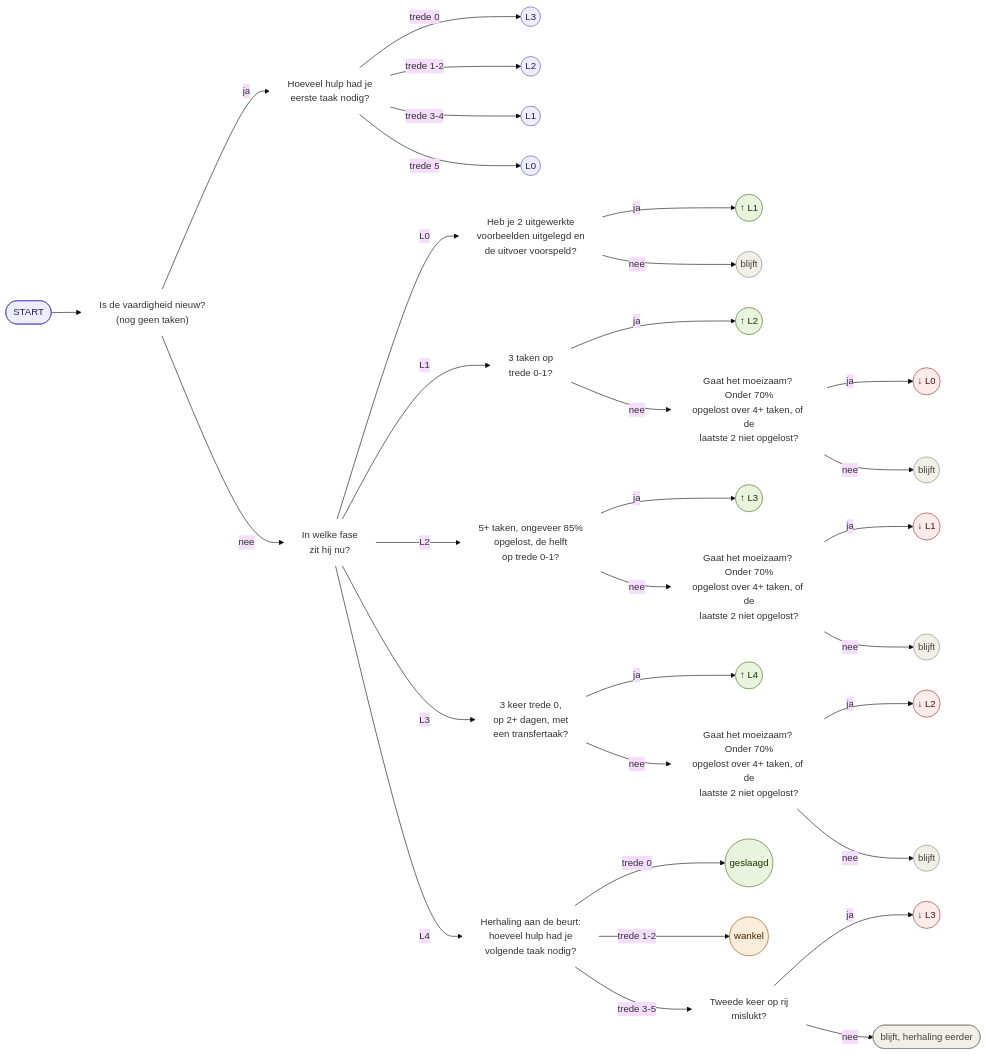
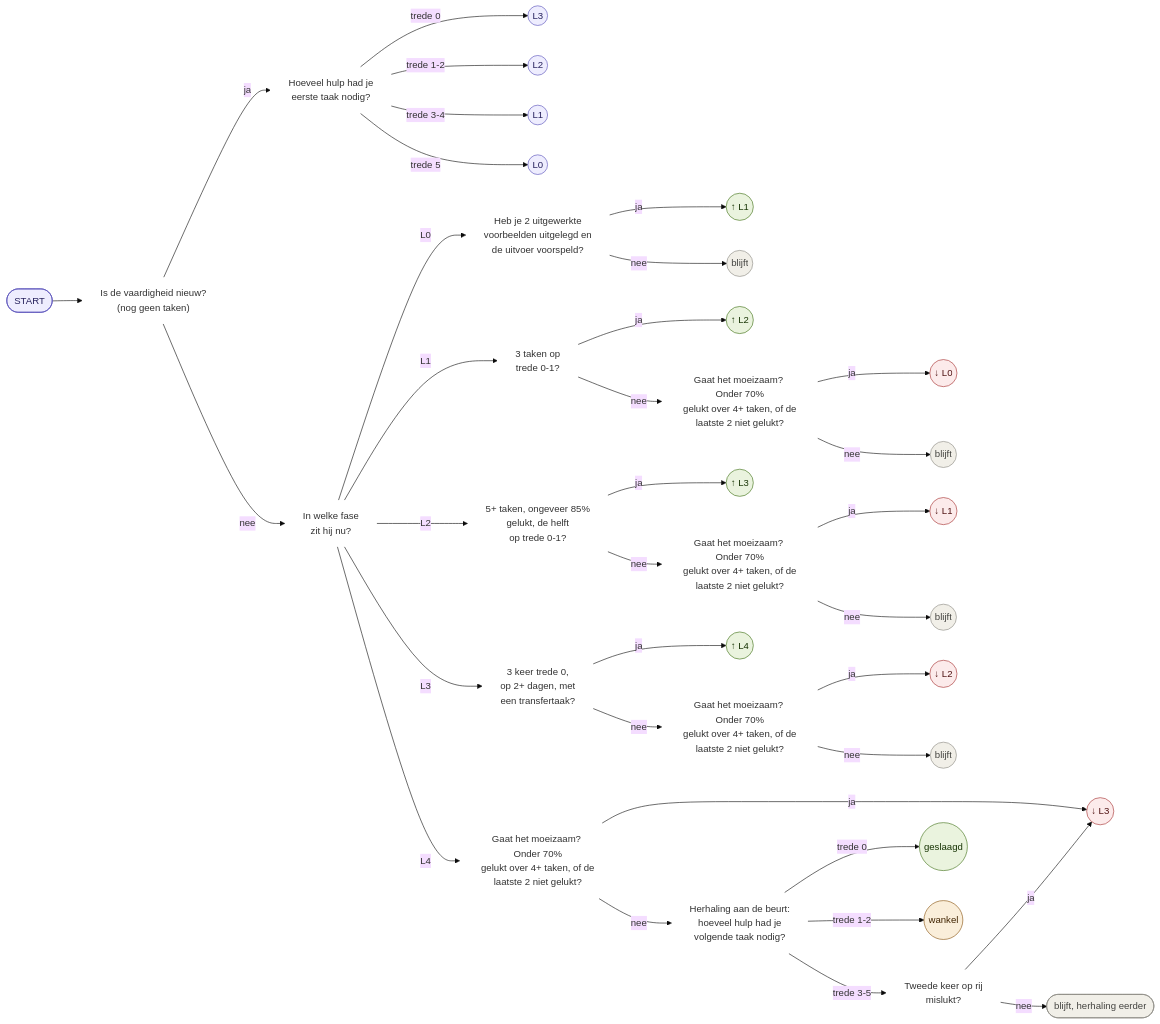
One commit to piethanegraaf/piethanegraaf.github.io changed the second of 3 diagrams in docs/nl/how-it-works.md. Above: the diagram before and after it, drawn with Mermaid (base theme). The commit also changed other lines of this file and 32 other files, not shown here.

````diff
--- a/docs/nl/how-it-works.md
+++ b/docs/nl/how-it-works.md
@@ -94,46 +96,48 @@
 ```mermaid
 flowchart LR
   START(["START"]) --> Q0["Is de vaardigheid nieuw?<br/>(nog geen taken)"]
   Q0 -->|" ja "| QP["Hoeveel hulp had je<br/>eerste taak nodig?"]
   QP -->|" trede 0 "| P3((" L3 "))
   QP -->|" trede 1-2 "| P2((" L2 "))
   QP -->|" trede 3-4 "| P1((" L1 "))
   QP -->|" trede 5 "| P0((" L0 "))
   Q0 -->|" nee "| QF["In welke fase<br/>zit hij nu?"]
   QF -->|" L0 "| A0["Heb je 2 uitgewerkte<br/>voorbeelden uitgelegd en<br/>de uitvoer voorspeld?"]
   A0 -->|" ja "| U1((" ↑ L1 "))
   A0 -->|" nee "| S0((" blijft "))
   QF -->|" L1 "| A1["3 taken op<br/>trede 0-1?"]
   A1 -->|" ja "| U2((" ↑ L2 "))
-  A1 -->|" nee "| D1["Gaat het moeizaam? Onder 70%<br/>opgelost over 4+ taken, of de<br/>laatste 2 niet opgelost?"]
+  A1 -->|" nee "| D1["Gaat het moeizaam? Onder 70%<br/>gelukt over 4+ taken, of de<br/>laatste 2 niet gelukt?"]
   D1 -->|" ja "| DN0((" ↓ L0 "))
   D1 -->|" nee "| S1((" blijft "))
-  QF -->|" L2 "| A2["5+ taken, ongeveer 85%<br/>opgelost, de helft<br/>op trede 0-1?"]
+  QF -->|" L2 "| A2["5+ taken, ongeveer 85%<br/>gelukt, de helft<br/>op trede 0-1?"]
   A2 -->|" ja "| U3((" ↑ L3 "))
-  A2 -->|" nee "| D2["Gaat het moeizaam? Onder 70%<br/>opgelost over 4+ taken, of de<br/>laatste 2 niet opgelost?"]
+  A2 -->|" nee "| D2["Gaat het moeizaam? Onder 70%<br/>gelukt over 4+ taken, of de<br/>laatste 2 niet gelukt?"]
   D2 -->|" ja "| DN1((" ↓ L1 "))
   D2 -->|" nee "| S2((" blijft "))
   QF -->|" L3 "| A3["3 keer trede 0,<br/>op 2+ dagen, met<br/>een transfertaak?"]
   A3 -->|" ja "| U4((" ↑ L4 "))
-  A3 -->|" nee "| D3["Gaat het moeizaam? Onder 70%<br/>opgelost over 4+ taken, of de<br/>laatste 2 niet opgelost?"]
+  A3 -->|" nee "| D3["Gaat het moeizaam? Onder 70%<br/>gelukt over 4+ taken, of de<br/>laatste 2 niet gelukt?"]
   D3 -->|" ja "| DN2((" ↓ L2 "))
   D3 -->|" nee "| S3((" blijft "))
-  QF -->|" L4 "| A4["Herhaling aan de beurt:<br/>hoeveel hulp had je<br/>volgende taak nodig?"]
+  QF -->|" L4 "| D4["Gaat het moeizaam? Onder 70%<br/>gelukt over 4+ taken, of de<br/>laatste 2 niet gelukt?"]
+  D4 -->|" ja "| DN3((" ↓ L3 "))
+  D4 -->|" nee "| A4["Herhaling aan de beurt:<br/>hoeveel hulp had je<br/>volgende taak nodig?"]
   A4 -->|" trede 0 "| PASS((" geslaagd "))
   A4 -->|" trede 1-2 "| SHAKY((" wankel "))
   A4 -->|" trede 3-5 "| F["Tweede keer op rij<br/>mislukt?"]
-  F -->|" ja "| DN3((" ↓ L3 "))
+  F -->|" ja "| DN3
   F -->|" nee "| S4([" blijft, herhaling eerder "])
   classDef q fill:transparent,stroke:transparent
   classDef place fill:#EEEDFE,stroke:#534AB7,color:#26215C
   classDef up fill:#EAF3DE,stroke:#3B6D11,color:#173404
   classDef down fill:#FCEBEB,stroke:#A32D2D,color:#501313
   classDef stay fill:#F1EFE8,stroke:#888780,color:#444441
   classDef shaky fill:#FAEEDA,stroke:#854F0B,color:#412402
-  class Q0,QP,QF,A0,A1,A2,A3,A4,D1,D2,D3,F q
+  class Q0,QP,QF,A0,A1,A2,A3,A4,D1,D2,D3,D4,F q
   class START,P0,P1,P2,P3 place
   class U1,U2,U3,U4,PASS up
   class DN0,DN1,DN2,DN3 down
   class S0,S1,S2,S3,S4 stay
   class SHAKY shaky
 ```
````
